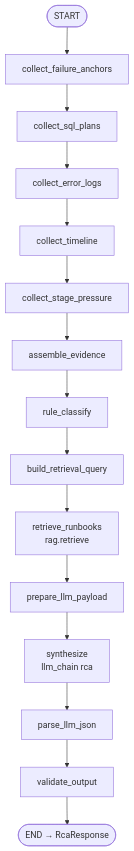
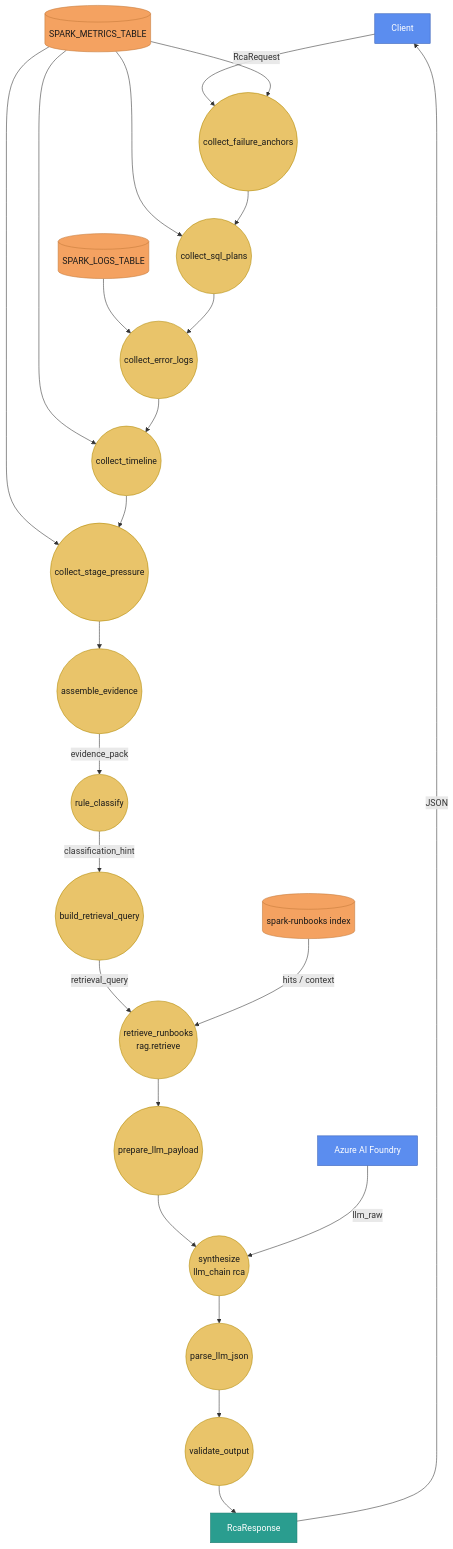
The first of 2 diagrams in docs/domain/spark-rca-agent.md (sabbineni07/edim-dde-domain), drawn with Mermaid before and after one commit. The commit also changed other lines of this file and 2 other files, not shown here.

Commit message:
Mermaid flowchart DFD-style flow diagrams

````diff
--- a/docs/domain/spark-rca-agent.md
+++ b/docs/domain/spark-rca-agent.md
@@ -64,17 +66,41 @@
 ```mermaid
 flowchart TB
-  START([START]) --> A[collect_failure_anchors]
-  A --> B[collect_sql_plans]
-  B --> C[collect_error_logs]
-  C --> D[collect_timeline]
-  D --> E[collect_stage_pressure]
-  E --> F[assemble_evidence]
-  F --> G[rule_classify]
-  G --> H[build_retrieval_query]
-  H --> I["retrieve_runbooks<br/>rag.retrieve"]
-  I --> J[prepare_llm_payload]
-  J --> K["synthesize<br/>llm_chain rca"]
-  K --> L[parse_llm_json]
-  L --> M[validate_output]
-  M --> END([END → RcaResponse])
+  classDef external fill:#5B8DEF,stroke:#2F5BB7,color:#fff
+  classDef store fill:#F4A261,stroke:#C47A3A,color:#1a1a1a
+  classDef process fill:#E9C46A,stroke:#B08900,color:#1a1a1a
+  classDef out fill:#2A9D8F,stroke:#1F7A6E,color:#fff
+
+  Client[Client]:::external
+  M[(SPARK_METRICS_TABLE)]:::store
+  L[(SPARK_LOGS_TABLE)]:::store
+  Idx[(spark-runbooks index)]:::store
+  Foundry[Azure AI Foundry]:::external
+  DTO[RcaResponse]:::out
+
+  A((collect_failure_anchors)):::process
+  B((collect_sql_plans)):::process
+  C((collect_error_logs)):::process
+  D((collect_timeline)):::process
+  E((collect_stage_pressure)):::process
+  F((assemble_evidence)):::process
+  G((rule_classify)):::process
+  H((build_retrieval_query)):::process
+  I((retrieve_runbooks<br/>rag.retrieve)):::process
+  J((prepare_llm_payload)):::process
+  K((synthesize<br/>llm_chain rca)):::process
+  N((parse_llm_json)):::process
+  O((validate_output)):::process
+
+  Client -->|RcaRequest| A
+  M --> A & B & D & E
+  L --> C
+  A --> B --> C --> D --> E --> F
+  F -->|evidence_pack| G
+  G -->|classification_hint| H
+  H -->|retrieval_query| I
+  Idx -->|hits / context| I
+  I --> J --> K
+  Foundry -->|llm_raw| K
+  K --> N --> O --> DTO
+  DTO -->|JSON| Client
 ```
````
